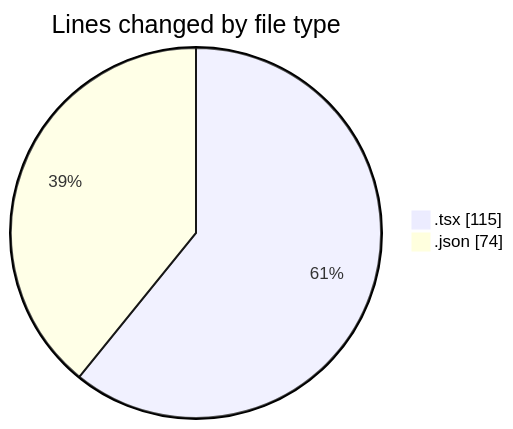
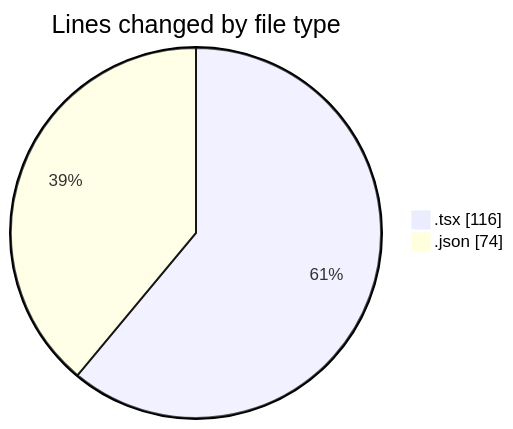
The first of 2 diagrams in 2025-04-08/cda/README.md (momahboobian/code-tracking), drawn with Mermaid before and after one commit. The commit also changed other lines of this file and 1 other file, not shown here.

````diff
--- a/2025-04-08/cda/README.md
+++ b/2025-04-08/cda/README.md
@@ -21,6 +21,6 @@
 ```mermaid
 pie showData
 title Lines changed by file type
-".tsx" : 115
+".tsx" : 116
 ".json" : 74
 ```
````
